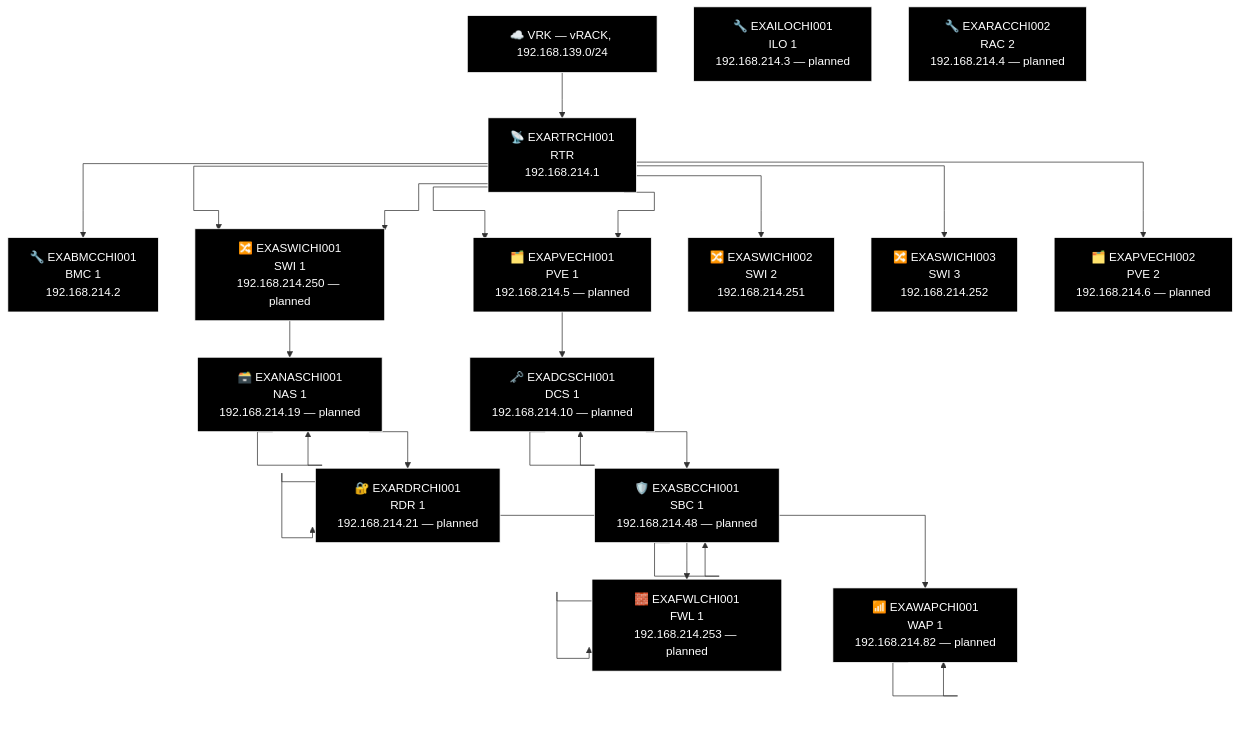
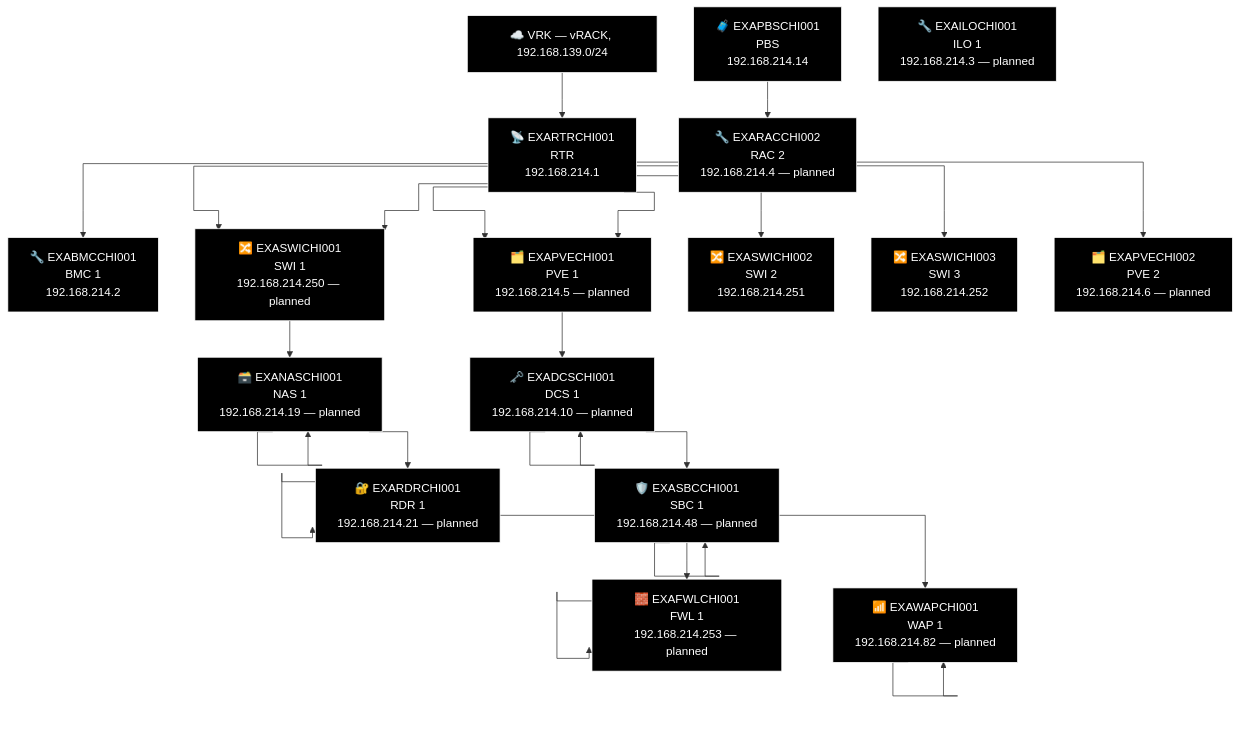
Before and after one commit to knightmare2600/example_music_infra: diagram 15 of 21 in docs/network-diagram/united-states.md, drawn with Mermaid. The commit also changed other lines of this file and 14 other files, not shown here.

First line of the commit message:
docs/network-diagram: regenerate, every site was missing its PBS node

````diff
--- a/docs/network-diagram/united-states.md
+++ b/docs/network-diagram/united-states.md
@@ -684,65 +697,68 @@
 ```mermaid
 %% GENERATED:TOPOLOGY:CHI:START
 %%{init: {'flowchart': {'curve': 'stepAfter'}}}%%
 graph TD
     T_VRK["☁️ VRK — vRACK, 192.168.139.0/24"]
     T_RTR["📡 EXARTRCHI001<br/>RTR<br/>192.168.214.1"]
     T_VRK --> T_RTR
     T_BMC["🔧 EXABMCCHI001<br/>BMC 1<br/>192.168.214.2"]
     T_RTR --> T_BMC
     T_PVE["🗂️ EXAPVECHI001<br/>PVE 1<br/>192.168.214.5"]
     T_RTR --> T_PVE
     T_SWI["🔀 EXASWICHI001<br/>SWI 1<br/>192.168.214.250"]
     T_RTR --> T_SWI
     T_SWI2["🔀 EXASWICHI002<br/>SWI 2<br/>192.168.214.251"]
     T_RTR --> T_SWI2
     T_SWI3["🔀 EXASWICHI003<br/>SWI 3<br/>192.168.214.252"]
     T_RTR --> T_SWI3
     T_SWI["🔀 EXASWICHI001<br/>SWI 1<br/>192.168.214.250 — planned"]
     T_RTR --> T_SWI
     T_PVE["🗂️ EXAPVECHI001<br/>PVE 1<br/>192.168.214.5 — planned"]
     T_RTR --> T_PVE
     T_PVE2["🗂️ EXAPVECHI002<br/>PVE 2<br/>192.168.214.6 — planned"]
     T_RTR --> T_PVE2
     T_NAS["🗃️ EXANASCHI001<br/>NAS<br/>192.168.214.19"]
     T_NAS["🗃️ EXANASCHI001<br/>NAS 1<br/>192.168.214.19 — planned"]
     T_RDR["🔐 EXARDRCHI001<br/>RDR<br/>192.168.214.21"]
     T_RDR["🔐 EXARDRCHI001<br/>RDR 1<br/>192.168.214.21 — planned"]
     T_WAP["📶 EXAWAPCHI001<br/>WAP 1<br/>192.168.214.82"]
     T_WAP["📶 EXAWAPCHI001<br/>WAP 1<br/>192.168.214.82 — planned"]
     T_SWI --> T_NAS --> T_NAS --> T_RDR --> T_RDR --> T_WAP --> T_WAP
     T_DCS["🗝️ EXADCSCHI001<br/>DCS 1<br/>192.168.214.10"]
     T_DCS["🗝️ EXADCSCHI001<br/>DCS 1<br/>192.168.214.10 — planned"]
     T_SBC["🛡️ EXASBCCHI001<br/>SBC<br/>192.168.214.48"]
     T_SBC["🛡️ EXASBCCHI001<br/>SBC 1<br/>192.168.214.48 — planned"]
     T_FWL["🧱 EXAFWLCHI001<br/>LAN Face<br/>192.168.214.253"]
     T_FWL["🧱 EXAFWLCHI001<br/>FWL 1<br/>192.168.214.253 — planned"]
     T_PVE --> T_DCS --> T_DCS --> T_SBC --> T_SBC --> T_FWL --> T_FWL
+    T_PBS["🧳 EXAPBSCHI001<br/>PBS<br/>192.168.214.14"]
     T_ILO["🔧 EXAILOCHI001<br/>ILO 1<br/>192.168.214.3 — planned"]
     T_RAC["🔧 EXARACCHI002<br/>RAC 2<br/>192.168.214.4 — planned"]
+    T_PBS --> T_RAC
     style T_VRK fill:#000000,stroke:#FFFFFF,color:#FFFFFF
     style T_RTR fill:#000000,stroke:#FFFFFF,color:#FFFFFF
     style T_BMC fill:#000000,stroke:#FFFFFF,color:#FFFFFF
     style T_PVE fill:#000000,stroke:#FFFFFF,color:#FFFFFF
     style T_SWI fill:#000000,stroke:#FFFFFF,color:#FFFFFF
     style T_SWI2 fill:#000000,stroke:#FFFFFF,color:#FFFFFF
     style T_SWI3 fill:#000000,stroke:#FFFFFF,color:#FFFFFF
     style T_SWI fill:#000000,stroke:#FFFFFF,color:#FFFFFF
     style T_PVE fill:#000000,stroke:#FFFFFF,color:#FFFFFF
     style T_PVE2 fill:#000000,stroke:#FFFFFF,color:#FFFFFF
     style T_NAS fill:#000000,stroke:#FFFFFF,color:#FFFFFF
     style T_NAS fill:#000000,stroke:#FFFFFF,color:#FFFFFF
     style T_RDR fill:#000000,stroke:#FFFFFF,color:#FFFFFF
     style T_RDR fill:#000000,stroke:#FFFFFF,color:#FFFFFF
     style T_WAP fill:#000000,stroke:#FFFFFF,color:#FFFFFF
     style T_WAP fill:#000000,stroke:#FFFFFF,color:#FFFFFF
     style T_DCS fill:#000000,stroke:#FFFFFF,color:#FFFFFF
     style T_DCS fill:#000000,stroke:#FFFFFF,color:#FFFFFF
     style T_SBC fill:#000000,stroke:#FFFFFF,color:#FFFFFF
     style T_SBC fill:#000000,stroke:#FFFFFF,color:#FFFFFF
     style T_FWL fill:#000000,stroke:#FFFFFF,color:#FFFFFF
     style T_FWL fill:#000000,stroke:#FFFFFF,color:#FFFFFF
+    style T_PBS fill:#000000,stroke:#FFFFFF,color:#FFFFFF
     style T_ILO fill:#000000,stroke:#FFFFFF,color:#FFFFFF
     style T_RAC fill:#000000,stroke:#FFFFFF,color:#FFFFFF
 %% GENERATED:TOPOLOGY:CHI:END
 ```
````
